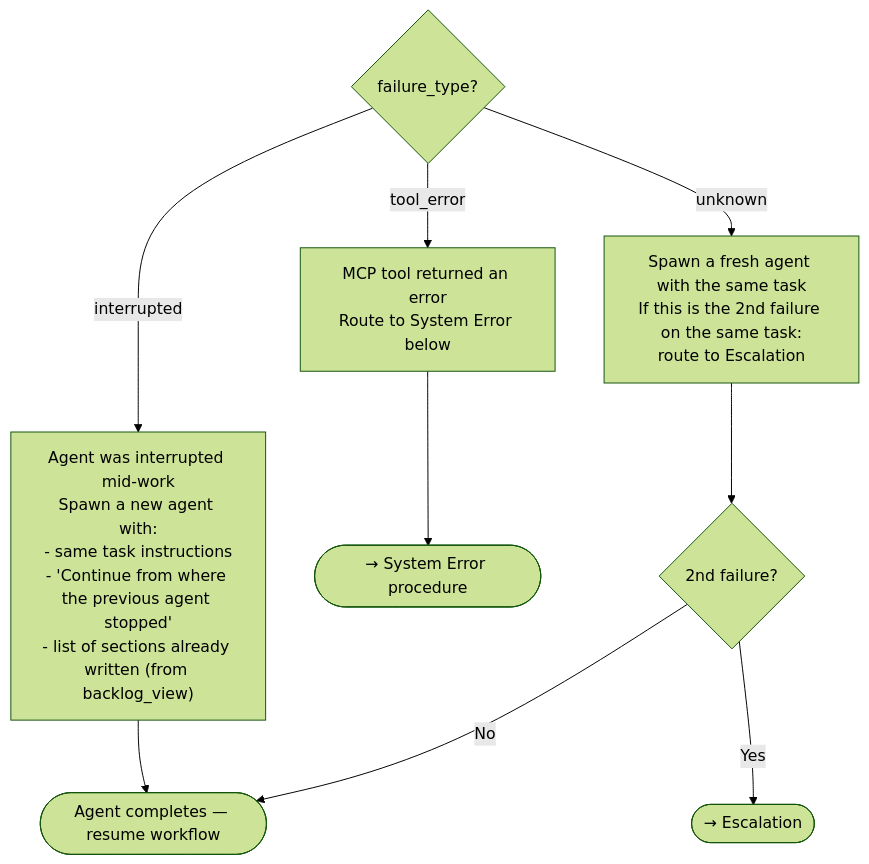
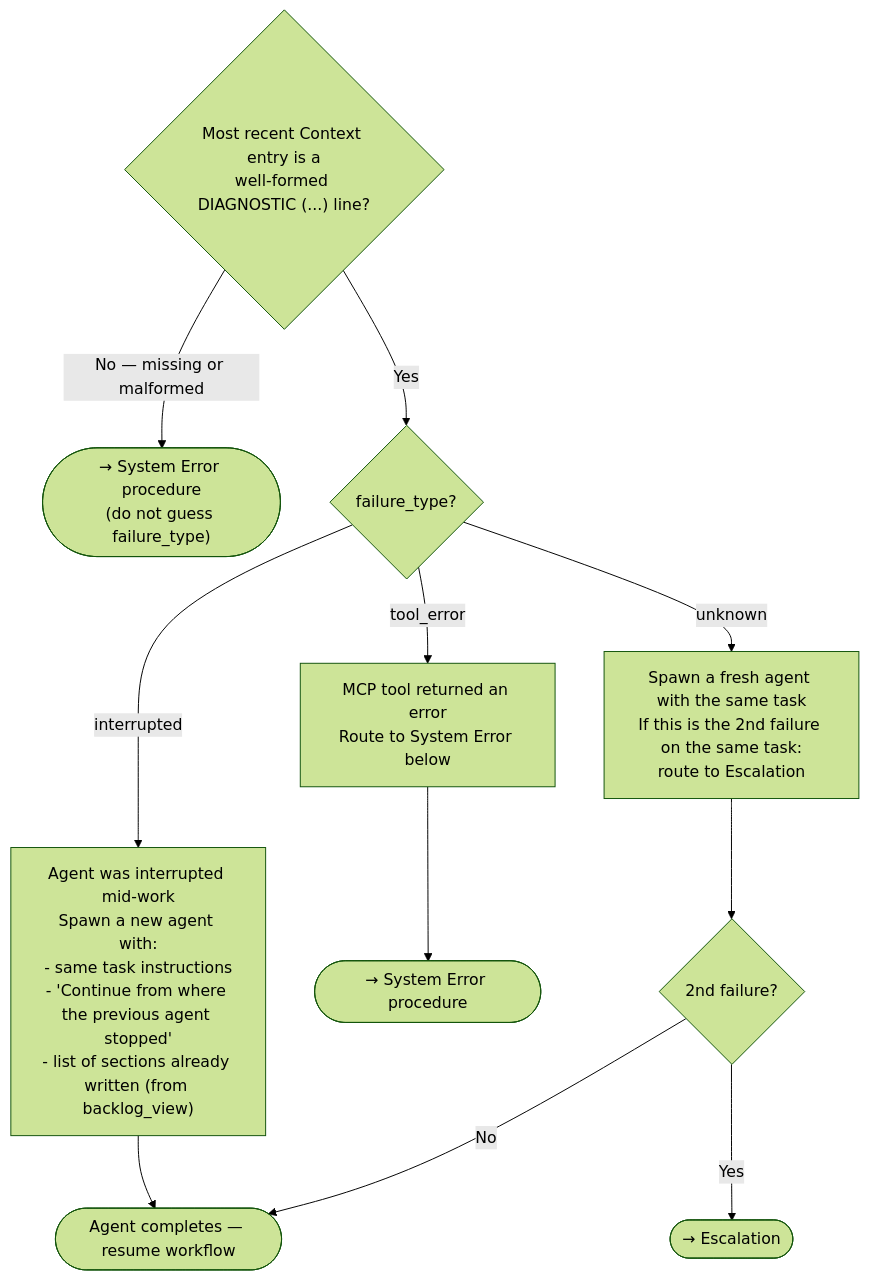
The diagram in plugins/development-harness/skills/work-backlog-item/references/workflows/groom/error.md (Jamie-BitFlight/claude_skills), drawn with Mermaid (forest theme) before and after one commit. The commit also changed other lines of this file and 11 other files, not shown here.

````diff
--- a/plugins/development-harness/skills/work-backlog-item/references/workflows/groom/error.md
+++ b/plugins/development-harness/skills/work-backlog-item/references/workflows/groom/error.md
@@ -30,11 +54,13 @@
 ```mermaid
 flowchart TD
-    Diag{"failure_type?"} -->|"interrupted"| Resume["Agent was interrupted mid-work<br>Spawn a new agent with:<br>- same task instructions<br>- 'Continue from where the previous agent stopped'<br>- list of sections already written (from backlog_view)"]
+    Entry{"Most recent Context entry is a<br>well-formed DIAGNOSTIC (...) line?"} -->|"No — missing or malformed"| SysErrEntry(["→ System Error procedure<br>(do not guess failure_type)"])
+    Entry -->|"Yes"| Diag{"failure_type?"}
+    Diag -->|"interrupted"| Resume["Agent was interrupted mid-work<br>Spawn a new agent with:<br>- same task instructions<br>- 'Continue from where the previous agent stopped'<br>- list of sections already written (from backlog_view)"]
     Diag -->|"tool_error"| ToolErr["MCP tool returned an error<br>Route to System Error below"]
     Diag -->|"unknown"| Retry["Spawn a fresh agent with the same task<br>If this is the 2nd failure on the same task:<br>route to Escalation"]
     Resume --> Continue(["Agent completes — resume workflow"])
     ToolErr --> SysErr(["→ System Error procedure"])
     Retry --> Q{"2nd failure?"}
     Q -->|"No"| Continue
     Q -->|"Yes"| Escalate(["→ Escalation"])
 ```
````
